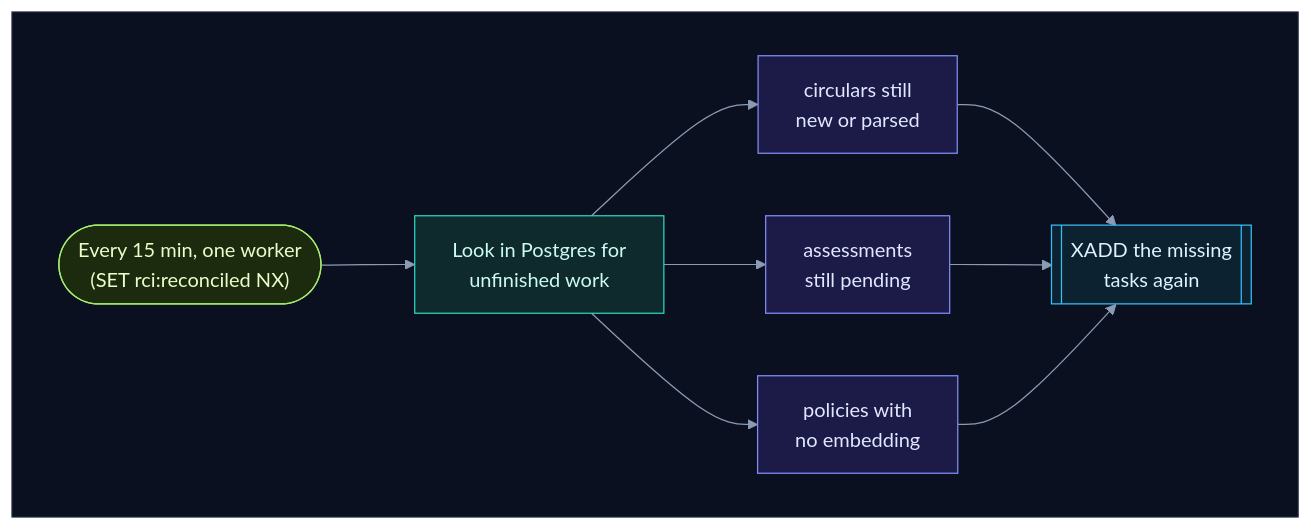
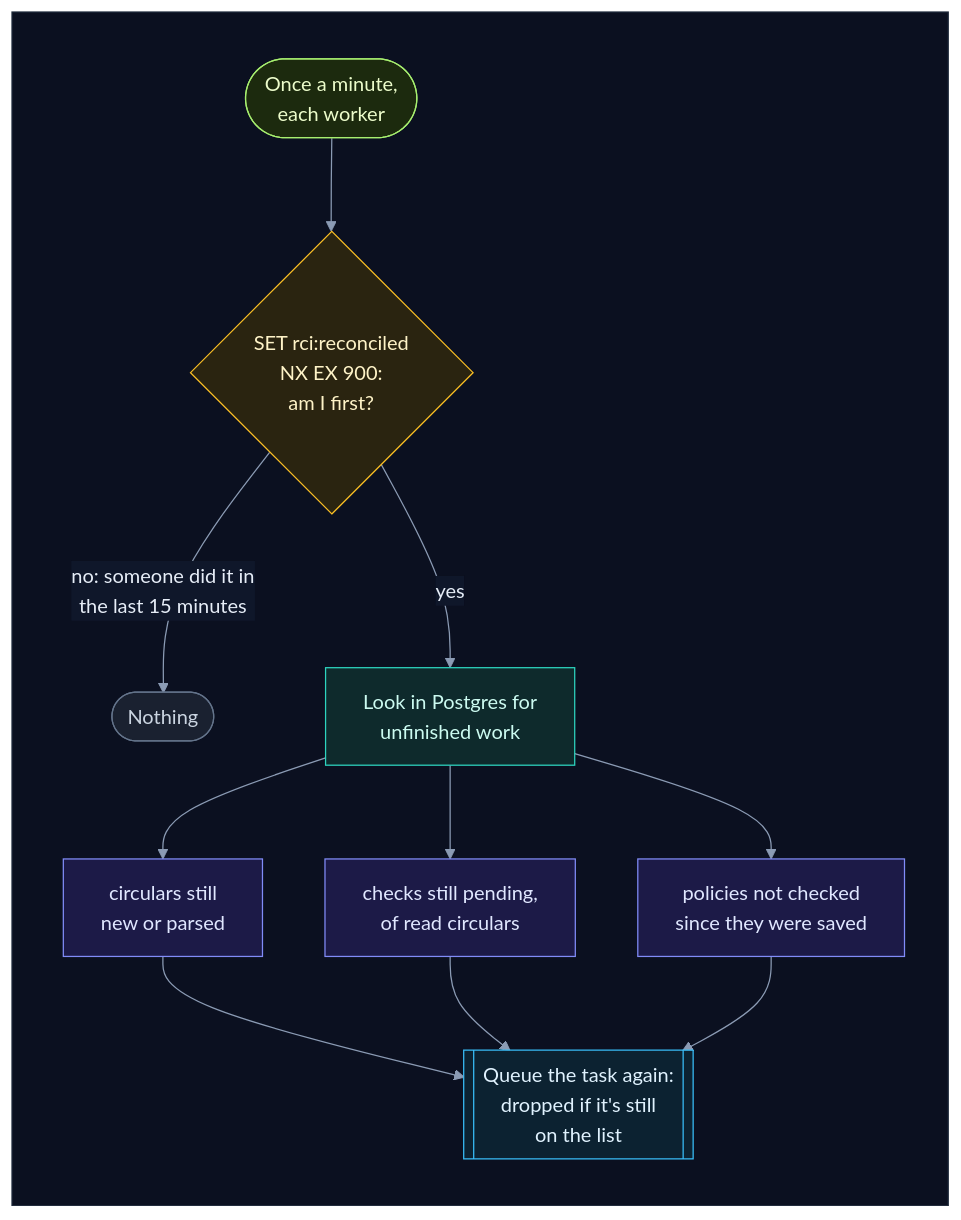
Before and after one commit to selvakumarperumal/Regulatory_Circular_Impact_Agent: the ninth of 18 diagrams in how_the_worker_works.md, drawn with Mermaid. The commit also changed other lines of this file and 2 other files, not shown here.

First line of the commit message:
Explain how tasks are owned, skipped, failed and run again

````diff
--- a/how_the_worker_works.md
+++ b/how_the_worker_works.md
@@ -582,29 +627,33 @@
 ```mermaid
 %%{init: {"theme": "base", "flowchart": {"diagramPadding": 0}, "themeVariables": {"darkMode": true, "primaryColor": "#16213a", "primaryTextColor": "#e6edf7", "primaryBorderColor": "#475a7a", "lineColor": "#8b9bb4", "secondaryColor": "#1b2436", "tertiaryColor": "#101a2e", "edgeLabelBackground": "#0f172a", "textColor": "#e2e8f0", "clusterBkg": "#0f1728", "clusterBorder": "#2b3a55", "titleColor": "#c4b5fd", "nodeTextColor": "#e6edf7"}}}%%
-flowchart LR
+flowchart TD
     subgraph canvas[" "]
-        direction LR
-        tick(["Every 15 min, one worker<br/>(SET rci:reconciled NX)"]) --> look["Look in Postgres for<br/>unfinished work"]
+        direction TB
+        tick(["Once a minute,<br/>each worker"]) --> m{"SET rci:reconciled<br/>NX EX 900:<br/>am I first?"}
+        m -->|"no: someone did it in<br/>the last 15 minutes"| skip(["Nothing"])
+        m -->|"yes"| look["Look in Postgres for<br/>unfinished work"]
         look --> c1["circulars still<br/>new or parsed"]
-        look --> c2["assessments<br/>still pending"]
-        look --> c3["policies with<br/>no embedding"]
-        c1 --> q[["XADD the missing<br/>tasks again"]]
+        look --> c2["checks still pending,<br/>of read circulars"]
+        look --> c3["policies not checked<br/>since they were saved"]
+        c1 --> q[["Queue the task again:<br/>dropped if it's still<br/>on the list"]]
         c2 --> q
         c3 --> q
     end
     classDef svc fill:#0e2a2c,stroke:#2dd4bf,color:#ccfbf1
     classDef data fill:#1c1a47,stroke:#818cf8,color:#e0e7ff
     classDef ext fill:#2a1640,stroke:#c084fc,color:#f3e8ff
     classDef gpu fill:#2d1b0c,stroke:#fb923c,color:#ffedd5
     classDef ask fill:#2a2410,stroke:#fbbf24,color:#fef3c7
     classDef ok fill:#0b2a1c,stroke:#34d399,color:#d1fae5
     classDef bad fill:#2e0f17,stroke:#fb7185,color:#ffe4e6
     classDef start fill:#1c2a0e,stroke:#a7ef6f,color:#ecfccb
     classDef muted fill:#1a2130,stroke:#64748b,color:#cbd5e1
     classDef queue fill:#0c2231,stroke:#38bdf8,color:#e0f2fe
     class tick start
+    class m ask
+    class skip muted
     class look svc
     class c1,c2,c3 data
     class q queue
     style canvas fill:#0b1020,stroke:#1e293b,color:#0b1020
 ```
````
